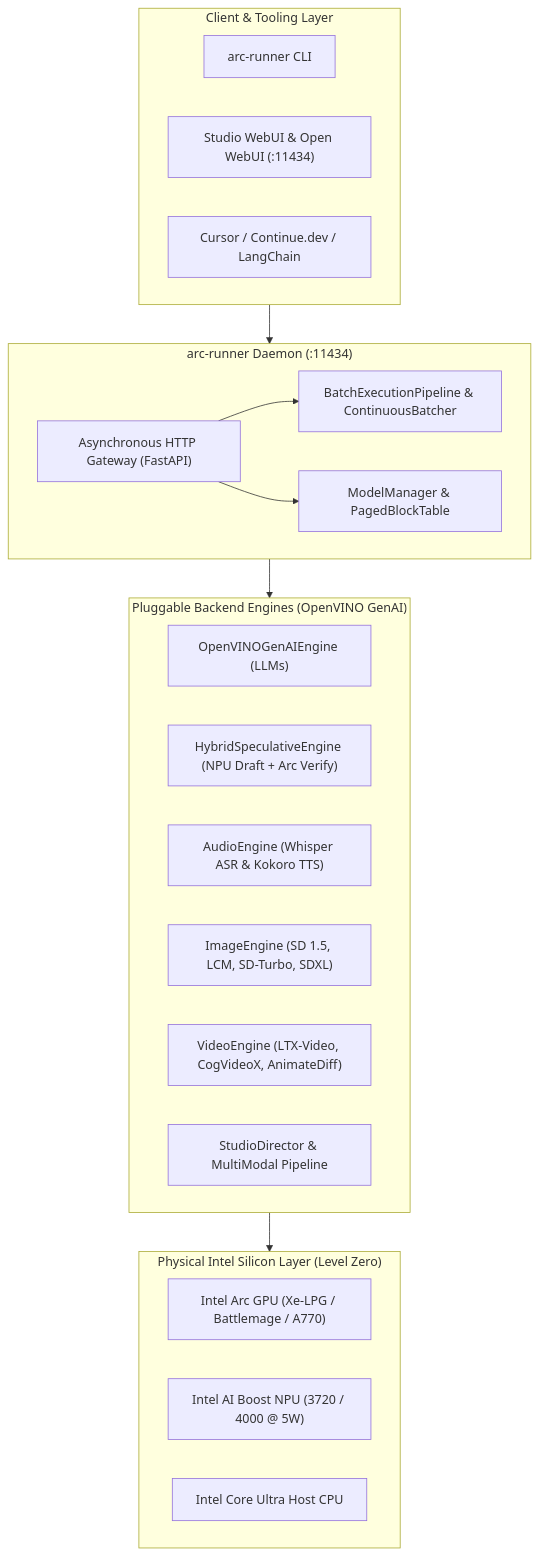
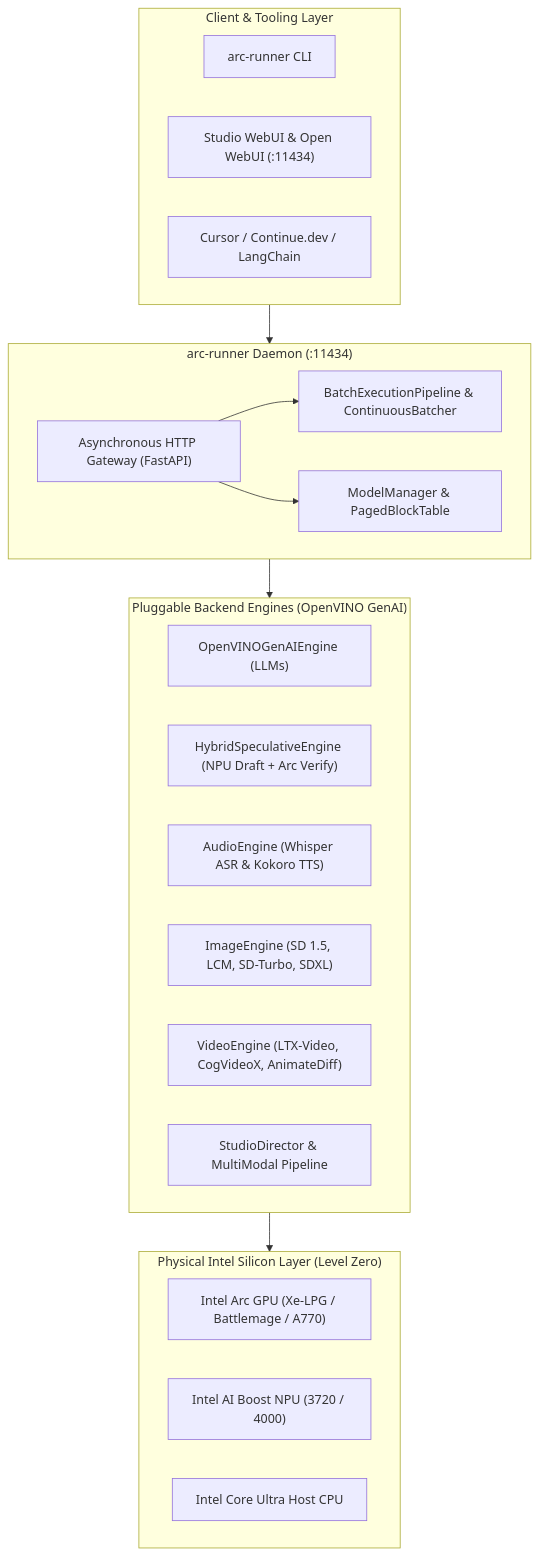
Before and after one commit to techdeveloper-org/intel-arc-models-runner: the diagram in README.md, drawn with Mermaid. The commit also changed other lines of this file and 6 other files, not shown here.

````diff
--- a/README.md
+++ b/README.md
@@ -228,34 +228,34 @@
 ```mermaid
 flowchart TD
     subgraph Client ["Client & Tooling Layer"]
         CLI["arc-runner CLI"]
         WebUI["Studio WebUI & Open WebUI (:11434)"]
         IDE["Cursor / Continue.dev / LangChain"]
     end
 
     subgraph Daemon ["arc-runner Daemon (:11434)"]
         Router["Asynchronous HTTP Gateway (FastAPI)"]
         BatchPipeline["BatchExecutionPipeline & ContinuousBatcher"]
         ModelMgr["ModelManager & PagedBlockTable"]
         Router --> BatchPipeline & ModelMgr
     end
 
     subgraph Engines ["Pluggable Backend Engines (OpenVINO GenAI)"]
         OVEngine["OpenVINOGenAIEngine (LLMs)"]
         SpecEngine["HybridSpeculativeEngine (NPU Draft + Arc Verify)"]
         AudioEngine["AudioEngine (Whisper ASR & Kokoro TTS)"]
         ImageEngine["ImageEngine (SD 1.5, LCM, SD-Turbo, SDXL)"]
         VideoEngine["VideoEngine (LTX-Video, CogVideoX, AnimateDiff)"]
         StudioEngine["StudioDirector & MultiModal Pipeline"]
     end
 
     subgraph Silicon ["Physical Intel Silicon Layer (Level Zero)"]
         ArcGPU["Intel Arc GPU (Xe-LPG / Battlemage / A770)"]
-        IntelNPU["Intel AI Boost NPU (3720 / 4000 @ 5W)"]
+        IntelNPU["Intel AI Boost NPU (3720 / 4000)"]
         HostCPU["Intel Core Ultra Host CPU"]
     end
 
     Client --> Daemon
     Daemon --> Engines
     Engines --> Silicon
 ```
````
